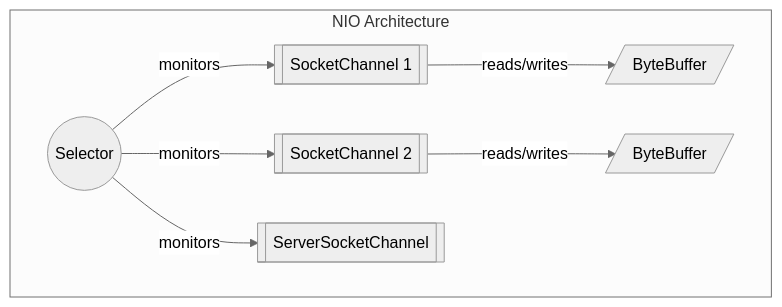
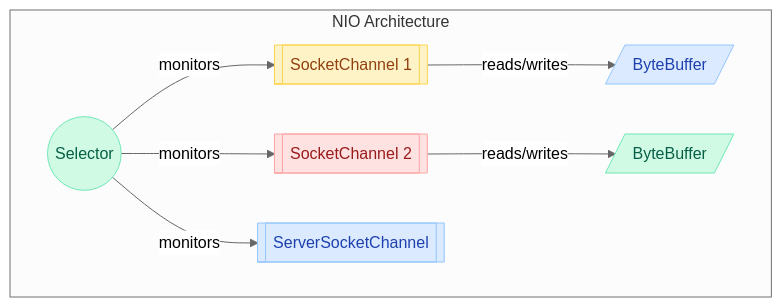
The second of 8 diagrams in docs/java/NIO.md (saivamsikaruturi/vamsilabs-dev-notes-main), drawn with Mermaid (neutral theme) before and after one commit. The commit also changed other lines of this file and 220 other files, not shown here.

First line of the commit message:
Add 50+ new Java/Spring Boot pages, rewrite CSS code blocks to Oracle style, fix all diagram colors

````diff
--- a/docs/java/NIO.md
+++ b/docs/java/NIO.md
@@ -42,11 +42,18 @@
 ```mermaid
 flowchart LR
     subgraph "NIO Architecture"
         direction LR
         S(("Selector")) -->|monitors| C1[["SocketChannel 1"]]
         S -->|monitors| C2[["SocketChannel 2"]]
         S -->|monitors| C3[["ServerSocketChannel"]]
         C1 -->|reads/writes| B1[/"ByteBuffer"/]
         C2 -->|reads/writes| B2[/"ByteBuffer"/]
     end
+
+    style B1 fill:#DBEAFE,stroke:#93C5FD,color:#1E40AF
+    style B2 fill:#D1FAE5,stroke:#6EE7B7,color:#065F46
+    style C1 fill:#FEF3C7,stroke:#FCD34D,color:#92400E
+    style C2 fill:#FEE2E2,stroke:#FCA5A5,color:#991B1B
+    style C3 fill:#DBEAFE,stroke:#93C5FD,color:#1E40AF
+    style S fill:#D1FAE5,stroke:#6EE7B7,color:#065F46
 ```
````
